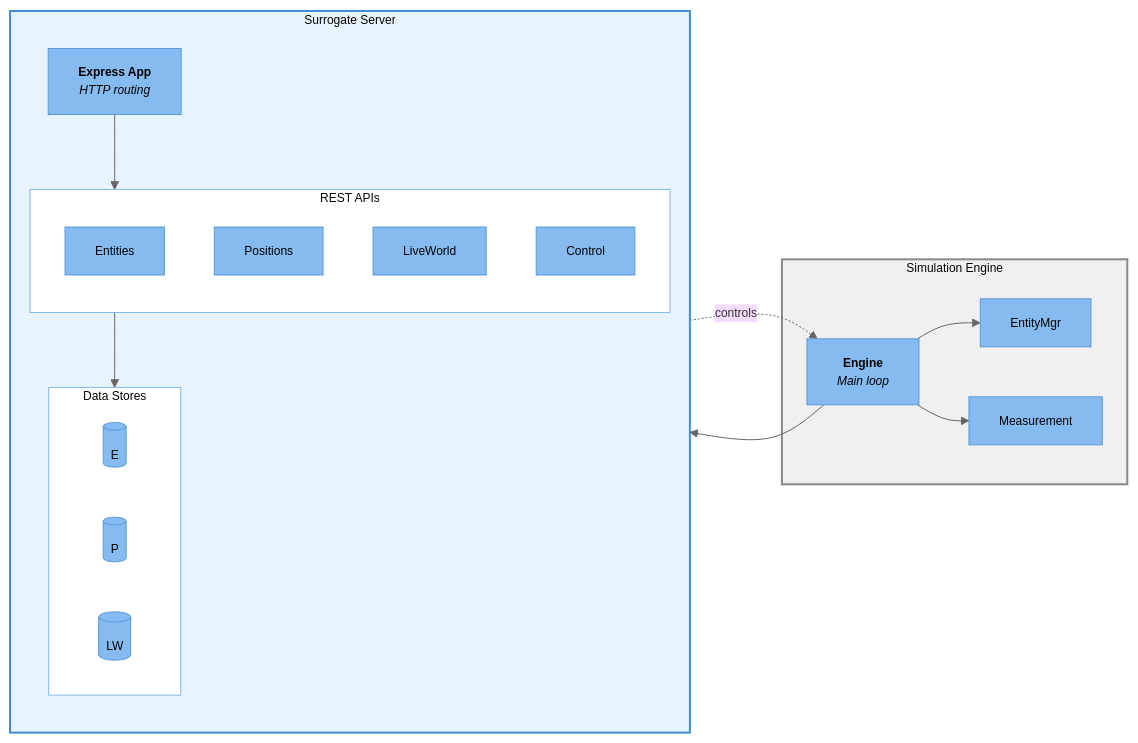
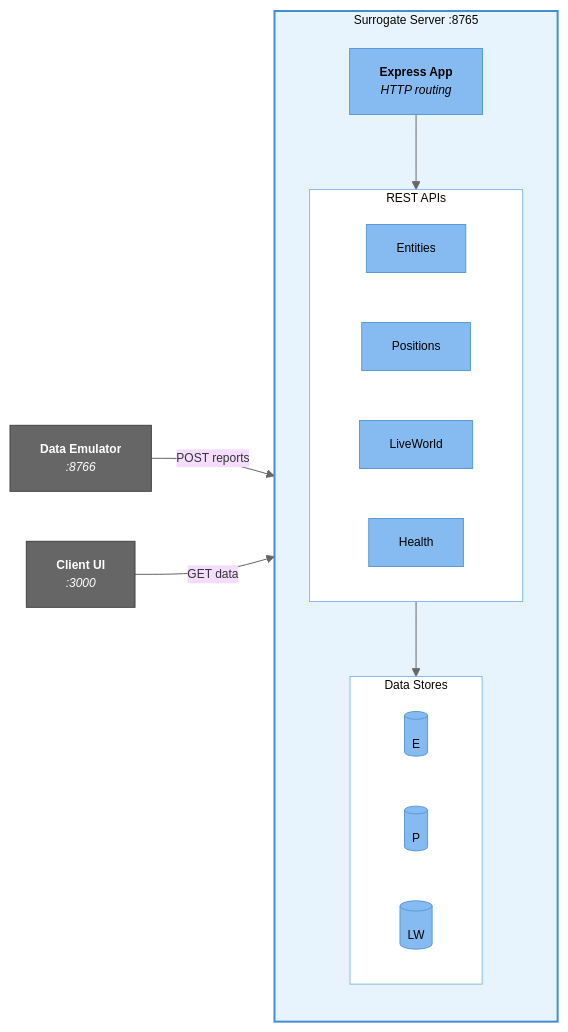
The third of 6 diagrams in docs/c4-architecture-diagram.md (ericpauls/disco_workspace), drawn with Mermaid before and after one commit. The commit also changed other lines of this file and 14 other files, not shown here.

````diff
--- a/docs/c4-architecture-diagram.md
+++ b/docs/c4-architecture-diagram.md
@@ -97,47 +103,41 @@
 ```mermaid
 %%{init: {'theme': 'base', 'themeVariables': { 'lineColor': '#666', 'fontSize': '12px'}}}%%
 flowchart LR
-    subgraph server["Surrogate Server"]
+    subgraph server["Surrogate Server :8765"]
         direction TB
         express["<b>Express App</b><br/><i>HTTP routing</i>"]
 
         subgraph apis["REST APIs"]
             entities["Entities"]
             positions["Positions"]
             liveworld["LiveWorld"]
-            simctl["Control"]
+            health["Health"]
         end
 
         subgraph stores["Data Stores"]
             e_db[("E")]
             p_db[("P")]
             lw_db[("LW")]
         end
 
         express --> apis
         apis --> stores
     end
 
-    subgraph sim["Simulation Engine"]
-        engine["<b>Engine</b><br/><i>Main loop</i>"]
-        mgr["EntityMgr"]
-        measure["Measurement"]
+    emulator["<b>Data Emulator</b><br/><i>:8766</i>"]
+    client["<b>Client UI</b><br/><i>:3000</i>"]
 
-        engine --> mgr
-        engine --> measure
-    end
-
-    engine --> stores
-    simctl -.->|controls| engine
+    emulator -->|POST reports| apis
+    client -->|GET data| apis
 
     classDef comp fill:#85BBF0,stroke:#5A9BD5,color:#000
     classDef sbox fill:#E8F4FD,stroke:#438DD5,stroke-width:2px
-    classDef simbox fill:#F0F0F0,stroke:#888,stroke-width:2px
+    classDef ext fill:#666,stroke:#444,color:#fff
     classDef inner fill:#fff,stroke:#85BBF0,stroke-width:1px
 
-    class express,entities,positions,liveworld,simctl,engine,mgr,measure comp
+    class express,entities,positions,liveworld,health comp
     class e_db,p_db,lw_db comp
     class server sbox
-    class sim simbox
+    class emulator,client ext
     class apis,stores inner
 ```
````
